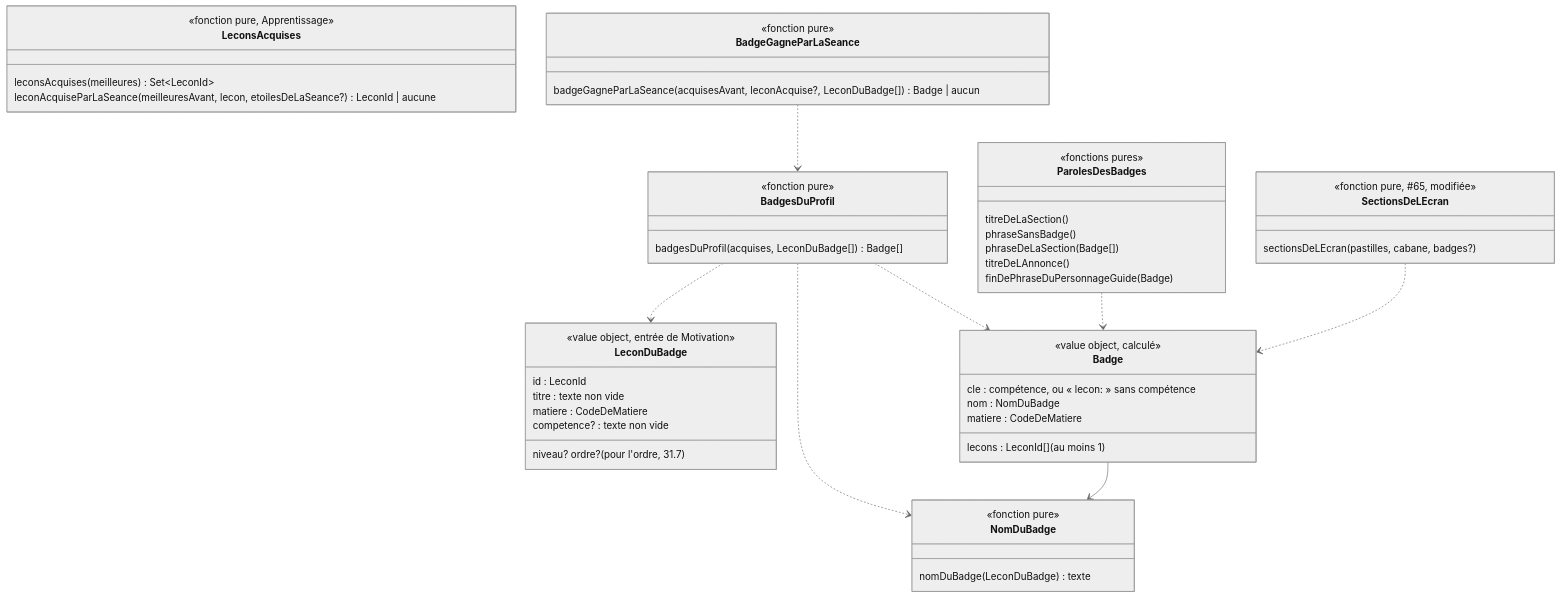
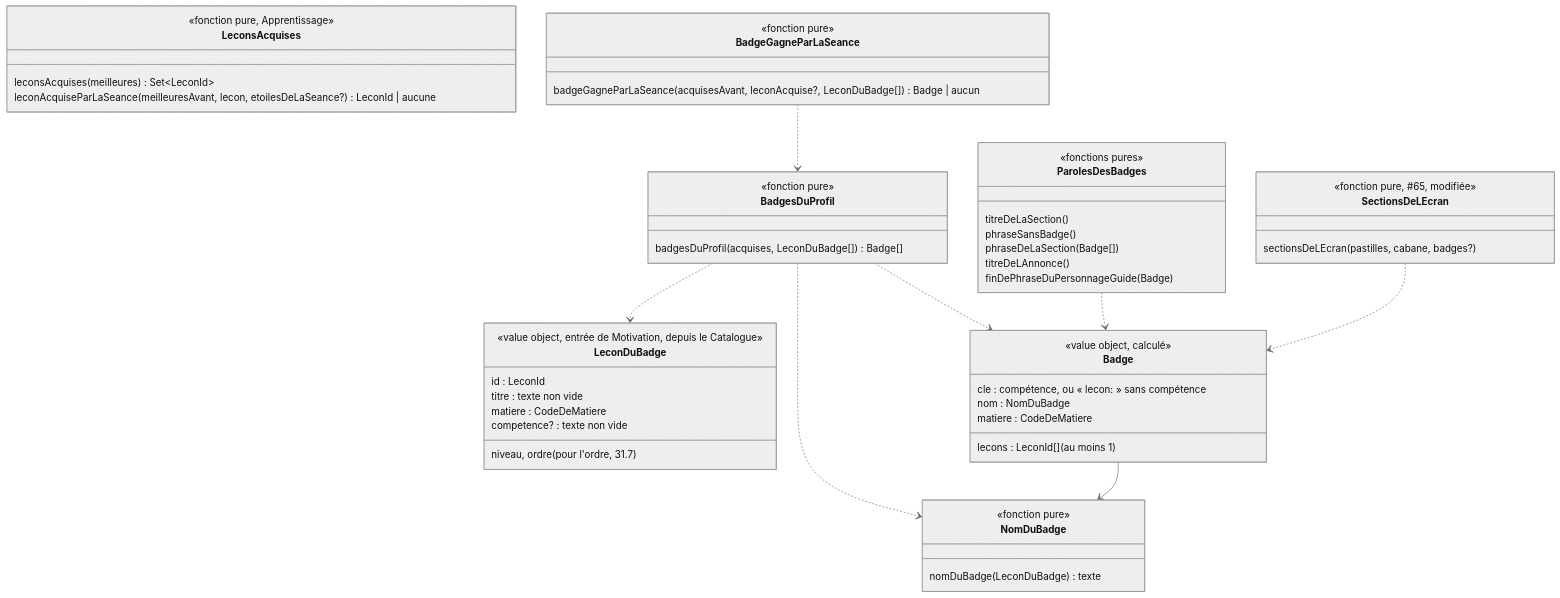
The diagram in docs/stories/31/domain-model.md (SBA-dev/github-move), drawn with Mermaid (neutral theme) before and after one commit. The commit also changed other lines of this file and 1 other file, not shown here.

First line of the commit message:
docs(#31): modèle validé par le PO, pas de badge pour les leçons personnelles

````diff
--- a/docs/stories/31/domain-model.md
+++ b/docs/stories/31/domain-model.md
@@ -79,54 +82,54 @@
 ```mermaid
 classDiagram
   class LeconsAcquises {
     <<fonction pure, Apprentissage>>
     leconsAcquises(meilleures) Set~LeconId~
     leconAcquiseParLaSeance(meilleuresAvant, lecon, etoilesDeLaSeance?) LeconId | aucune
   }
   class LeconDuBadge {
-    <<value object, entrée de Motivation>>
+    <<value object, entrée de Motivation, depuis le Catalogue>>
     id : LeconId
     titre : texte non vide
     matiere : CodeDeMatiere
-    niveau? ordre? (pour l'ordre, 31.7)
+    niveau, ordre (pour l'ordre, 31.7)
     competence? : texte non vide
   }
   class Badge {
     <<value object, calculé>>
     cle : compétence, ou « lecon:<id> » sans compétence
     nom : NomDuBadge
     matiere : CodeDeMatiere
     lecons : LeconId[] (au moins 1)
   }
   class NomDuBadge {
     <<fonction pure>>
     nomDuBadge(LeconDuBadge) texte
   }
   class BadgesDuProfil {
     <<fonction pure>>
     badgesDuProfil(acquises, LeconDuBadge[]) Badge[]
   }
   class BadgeGagneParLaSeance {
     <<fonction pure>>
     badgeGagneParLaSeance(acquisesAvant, leconAcquise?, LeconDuBadge[]) Badge | aucun
   }
   class ParolesDesBadges {
     <<fonctions pures>>
     titreDeLaSection()
     phraseSansBadge()
     phraseDeLaSection(Badge[])
     titreDeLAnnonce()
     finDePhraseDuPersonnageGuide(Badge)
   }
   class SectionsDeLEcran {
     <<fonction pure, #65, modifiée>>
     sectionsDeLEcran(pastilles, cabane, badges?)
   }
   BadgesDuProfil ..> LeconDuBadge
   BadgesDuProfil ..> Badge
   BadgesDuProfil ..> NomDuBadge
   BadgeGagneParLaSeance ..> BadgesDuProfil
   Badge --> NomDuBadge
   ParolesDesBadges ..> Badge
   SectionsDeLEcran ..> Badge
 ```
````
